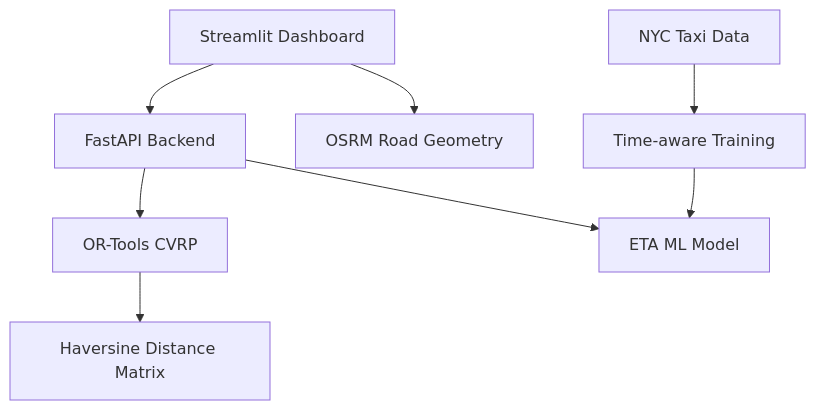
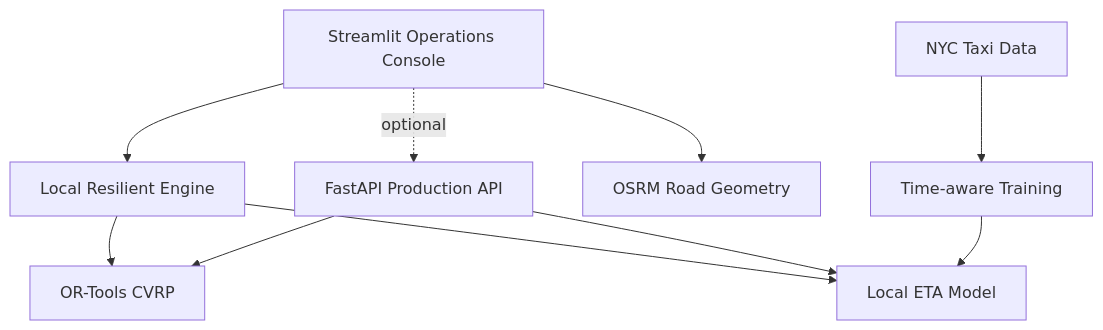
One commit to Piyu242005/Last-Mile-Delivery-Optimization changed the diagram in README.md. Above: the diagram before and after it, drawn with Mermaid. The commit also changed other lines of this file, not shown here.

Commit message:
docs: document resilient architecture and operations console

````diff
--- a/README.md
+++ b/README.md
@@ -26,10 +29,12 @@
 ```mermaid
 graph TD
-    UI[Streamlit Dashboard] --> API[FastAPI Backend]
-    API --> CVRP[OR-Tools CVRP]
-    CVRP --> DIST[Haversine Distance Matrix]
-    API --> ETA[ETA ML Model]
+    UI[Streamlit Operations Console] --> LOCAL[Local Resilient Engine]
+    UI -. optional .-> API[FastAPI Production API]
+    LOCAL --> CVRP[OR-Tools CVRP]
+    LOCAL --> ETA[Local ETA Model]
+    API --> CVRP
+    API --> ETA
     UI --> OSRM[OSRM Road Geometry]
     DATA[NYC Taxi Data] --> TRAIN[Time-aware Training]
     TRAIN --> ETA
 ```
````
